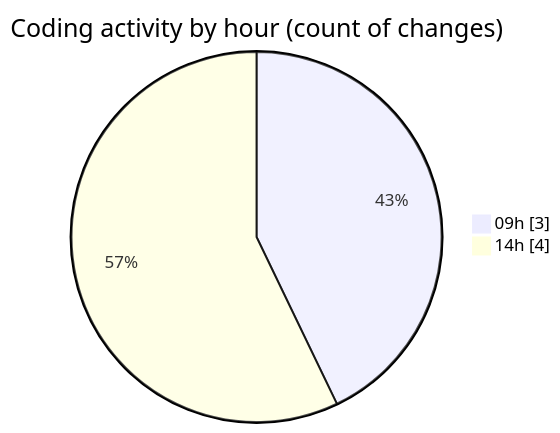
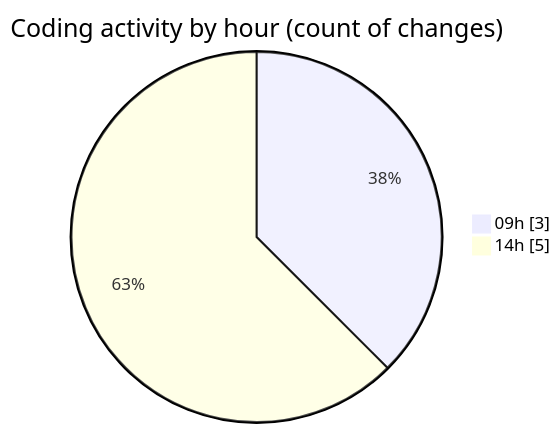
One commit to momahboobian/code-tracking changed the second of 2 diagrams in 2025-08-11/cda/README.md. Above: the diagram before and after it, drawn with Mermaid. The commit also changed other lines of this file and 1 other file, not shown here.

````diff
--- a/2025-08-11/cda/README.md
+++ b/2025-08-11/cda/README.md
@@ -29,6 +30,6 @@
 ```mermaid
 pie showData
 title Coding activity by hour (count of changes)
 "09h" : 3
-"14h" : 4
+"14h" : 5
 ```
````
